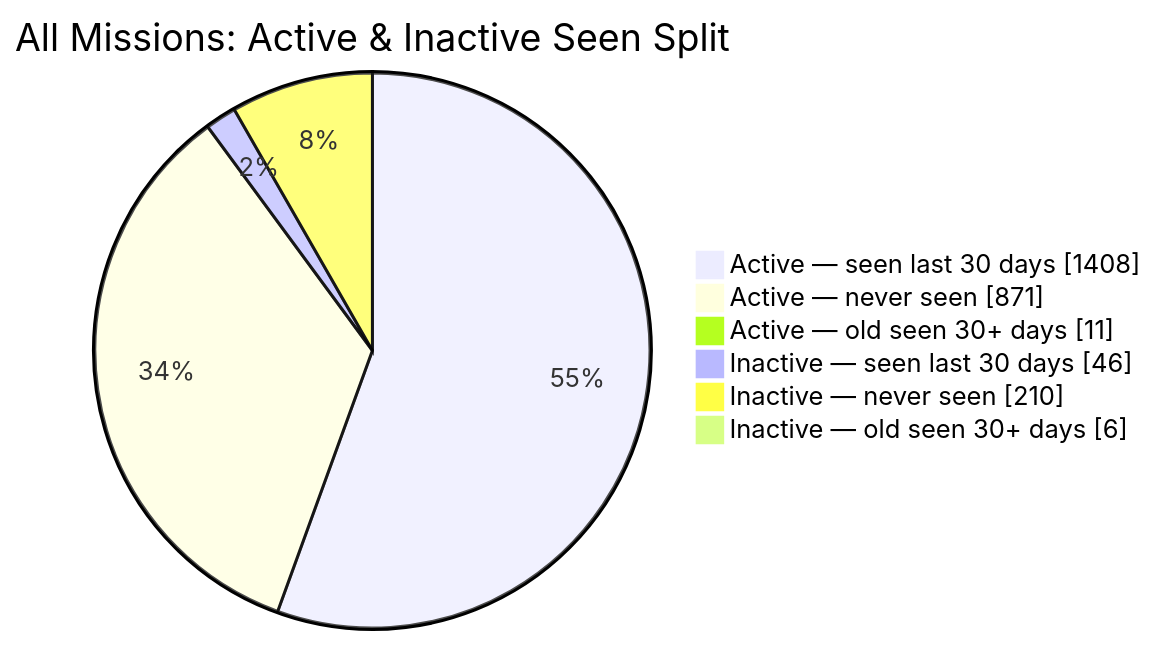
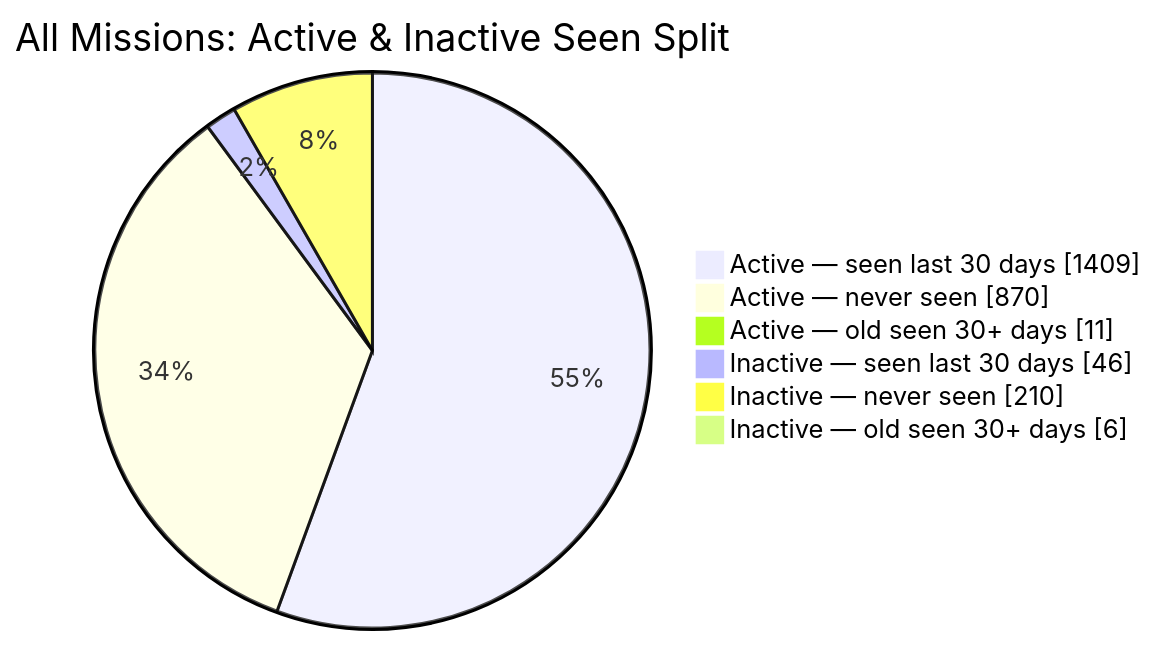
The second of 2 diagrams in README.md (MeldkamerspelGameTeam/active-missions), drawn with Mermaid before and after one commit. The commit also changed other lines of this file and 2 other files, not shown here.

````diff
--- a/README.md
+++ b/README.md
@@ -44,10 +44,10 @@
 ```mermaid
 pie showData
     title All Missions: Active & Inactive Seen Split
-    "Active — seen last 30 days" : 1408
-    "Active — never seen" : 871
+    "Active — seen last 30 days" : 1409
+    "Active — never seen" : 870
     "Active — old seen 30+ days" : 11
     "Inactive — seen last 30 days" : 46
     "Inactive — never seen" : 210
     "Inactive — old seen 30+ days" : 6
 ```
````
